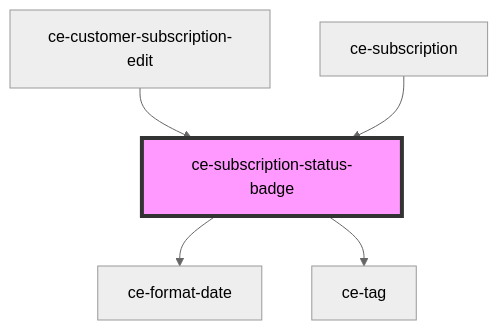
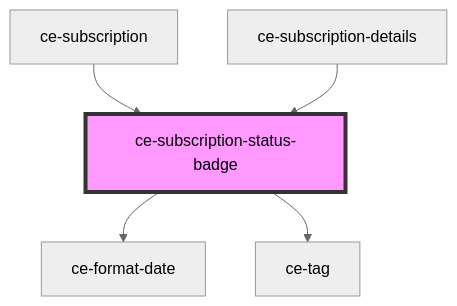
The diagram in packages/components/src/components/ui/subscription-status-badge/readme.md (surecart/surecart-wp-plugin), drawn with Mermaid (neutral theme) before and after one commit. The commit also changed other lines of this file and 118 other files, not shown here.

````diff
--- a/packages/components/src/components/ui/subscription-status-badge/readme.md
+++ b/packages/components/src/components/ui/subscription-status-badge/readme.md
@@ -32,8 +32,8 @@
 ```mermaid
 graph TD;
   ce-subscription-status-badge --> ce-format-date
   ce-subscription-status-badge --> ce-tag
-  ce-customer-subscription-edit --> ce-subscription-status-badge
   ce-subscription --> ce-subscription-status-badge
+  ce-subscription-details --> ce-subscription-status-badge
   style ce-subscription-status-badge fill:#f9f,stroke:#333,stroke-width:4px
 ```
````
